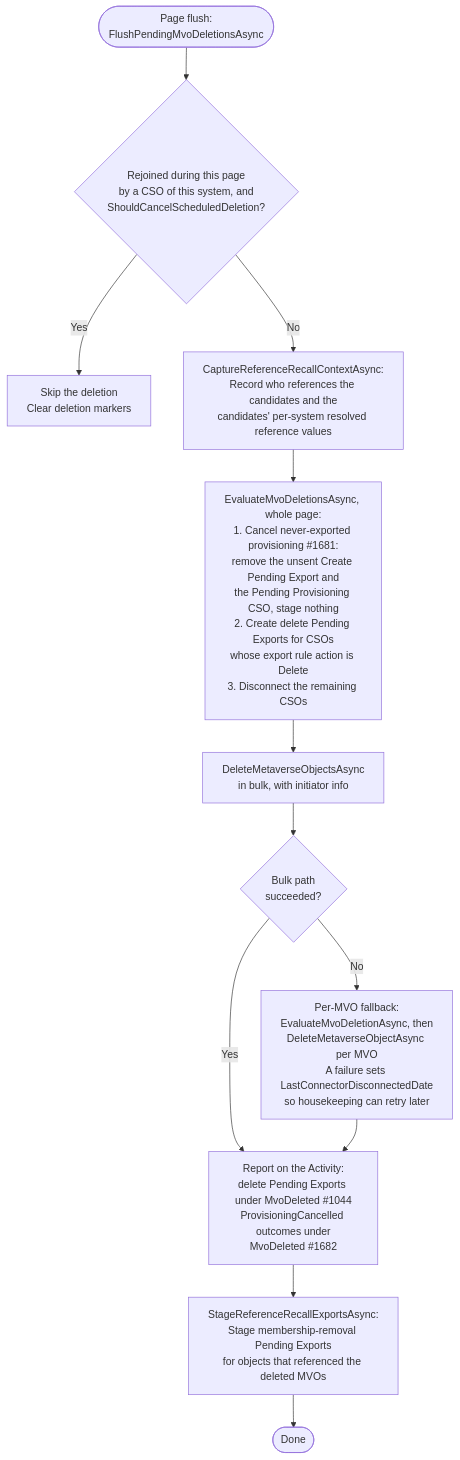
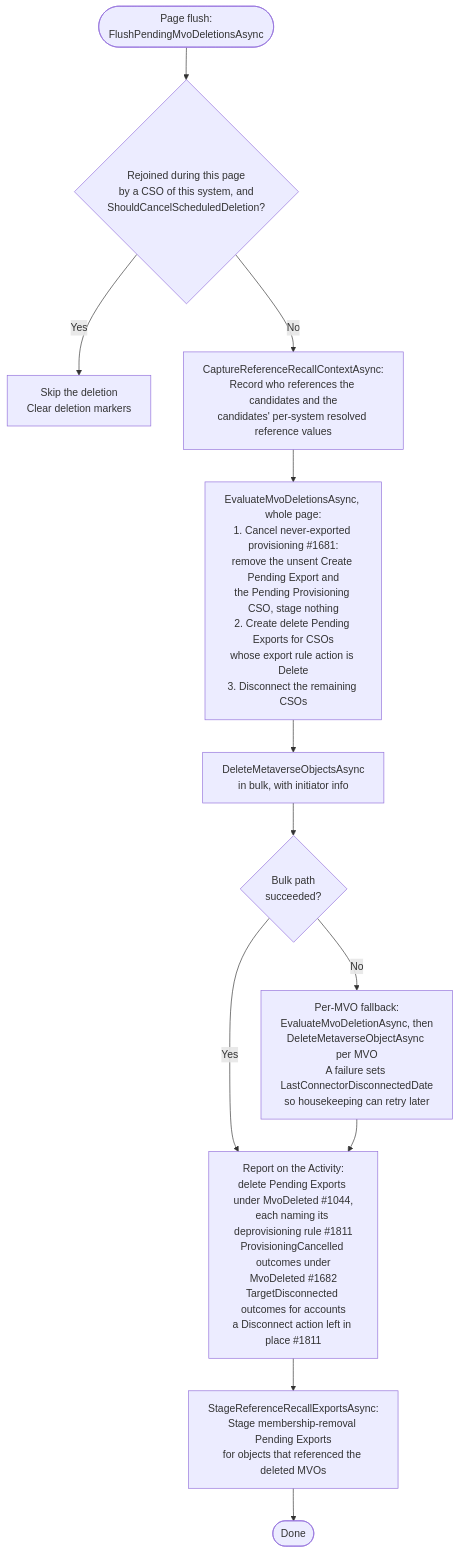
The fifth of 7 diagrams in engineering/developer/diagrams/MVO_DELETION_AND_GRACE_PERIOD.md (TetronIO/JIM), drawn with Mermaid before and after one commit. The commit also changed other lines of this file and 39 other files, not shown here.

````diff
--- a/engineering/developer/diagrams/MVO_DELETION_AND_GRACE_PERIOD.md
+++ b/engineering/developer/diagrams/MVO_DELETION_AND_GRACE_PERIOD.md
@@ -138,14 +140,14 @@
 ```mermaid
 flowchart TD
     PageEnd([Page flush:<br/>FlushPendingMvoDeletionsAsync]) --> Reconnect{Rejoined during this page<br/>by a CSO of this system, and<br/>ShouldCancelScheduledDeletion?}
     Reconnect -->|Yes| Rescue[Skip the deletion<br/>Clear deletion markers]
     Reconnect -->|No| Capture[CaptureReferenceRecallContextAsync:<br/>Record who references the candidates and the<br/>candidates' per-system resolved reference values]
     Capture --> BulkEval[EvaluateMvoDeletionsAsync, whole page:<br/>1. Cancel never-exported provisioning #1681:<br/>remove the unsent Create Pending Export and<br/>the Pending Provisioning CSO, stage nothing<br/>2. Create delete Pending Exports for CSOs<br/>whose export rule action is Delete<br/>3. Disconnect the remaining CSOs]
     BulkEval --> BulkDelete[DeleteMetaverseObjectsAsync<br/>in bulk, with initiator info]
     BulkDelete --> BulkOk{Bulk path<br/>succeeded?}
     BulkOk -->|No| Fallback[Per-MVO fallback:<br/>EvaluateMvoDeletionAsync, then<br/>DeleteMetaverseObjectAsync per MVO<br/>A failure sets LastConnectorDisconnectedDate<br/>so housekeeping can retry later]
     BulkOk -->|Yes| Report
-    Fallback --> Report[Report on the Activity:<br/>delete Pending Exports under MvoDeleted #1044<br/>ProvisioningCancelled outcomes under<br/>MvoDeleted #1682]
+    Fallback --> Report[Report on the Activity:<br/>delete Pending Exports under MvoDeleted #1044,<br/>each naming its deprovisioning rule #1811<br/>ProvisioningCancelled outcomes under<br/>MvoDeleted #1682<br/>TargetDisconnected outcomes for accounts<br/>a Disconnect action left in place #1811]
     Report --> Recall[StageReferenceRecallExportsAsync:<br/>Stage membership-removal Pending Exports<br/>for objects that referenced the deleted MVOs]
     Recall --> Done([Done])
 ```
````
